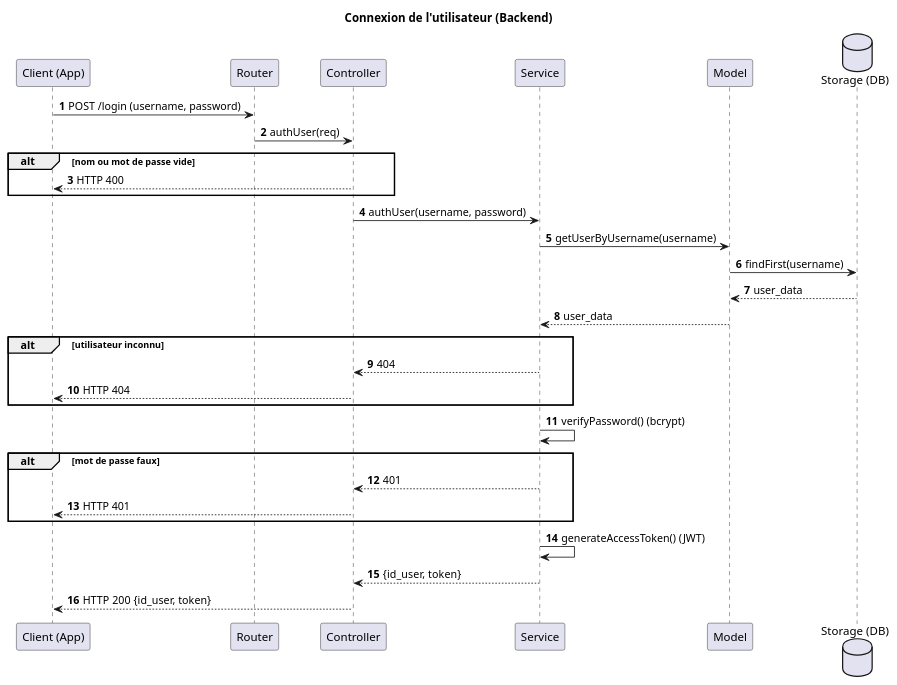
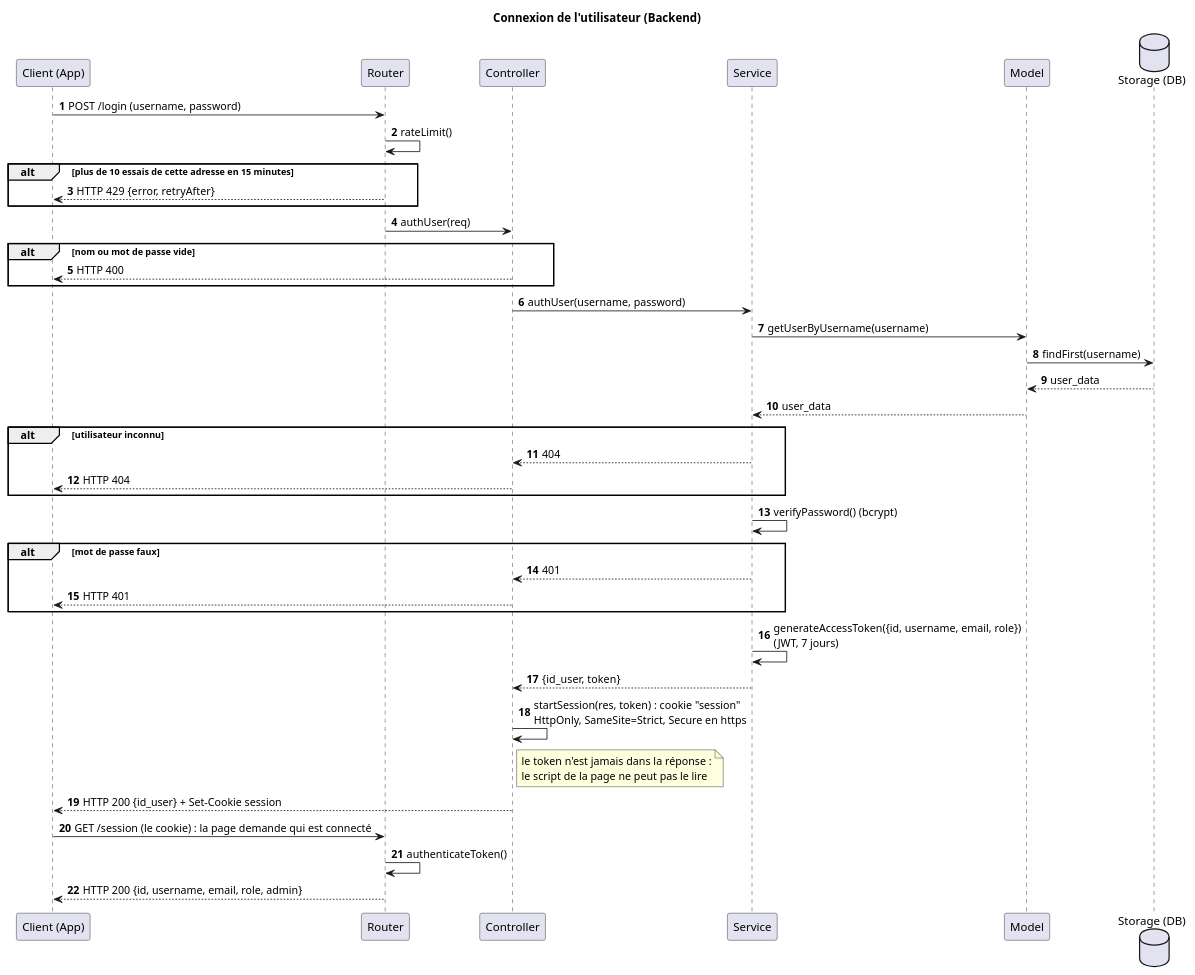
One commit to TPI2026-NewsGenerator/NewsGenerator-Backend changed the diagram in docs/UML/login-sequence-diagram.puml. Above: the diagram before and after it, drawn with PlantUML. The commit also changed 61 other files, not shown here.

First line of the commit message:
Bring the README, the MLD, the walkthroughs and every diagram up to date

```diff
--- a/docs/UML/login-sequence-diagram.puml
+++ b/docs/UML/login-sequence-diagram.puml
@@ -1,35 +1,44 @@
 @startuml
 title Connexion de l'utilisateur (Backend)
 autonumber
 
 participant "Client (App)" as Client
 participant "Router" as Router
 participant "Controller" as Controller
 participant "Service" as Service
 participant "Model" as Model
 database "Storage (DB)" as Storage
 
 Client -> Router : POST /login (username, password)
+Router -> Router : rateLimit()
+alt plus de 10 essais de cette adresse en 15 minutes
+    Router --> Client : HTTP 429 {error, retryAfter}
+end
 Router -> Controller : authUser(req)
 alt nom ou mot de passe vide
     Controller --> Client : HTTP 400
 end
 Controller -> Service : authUser(username, password)
 Service -> Model : getUserByUsername(username)
 Model -> Storage : findFirst(username)
 Storage --> Model : user_data
 Model --> Service : user_data
 alt utilisateur inconnu
     Service --> Controller : 404
     Controller --> Client : HTTP 404
 end
 Service -> Service : verifyPassword() (bcrypt)
 alt mot de passe faux
     Service --> Controller : 401
     Controller --> Client : HTTP 401
 end
-Service -> Service : generateAccessToken() (JWT)
+Service -> Service : generateAccessToken({id, username, email, role})\n(JWT, 7 jours)
 Service --> Controller : {id_user, token}
-Controller --> Client : HTTP 200 {id_user, token}
+Controller -> Controller : startSession(res, token) : cookie "session"\nHttpOnly, SameSite=Strict, Secure en https
+note right of Controller : le token n'est jamais dans la réponse :\nle script de la page ne peut pas le lire
+Controller --> Client : HTTP 200 {id_user} + Set-Cookie session
+Client -> Router : GET /session (le cookie) : la page demande qui est connecté
+Router -> Router : authenticateToken()
+Router --> Client : HTTP 200 {id, username, email, role, admin}
 
 @enduml
```
